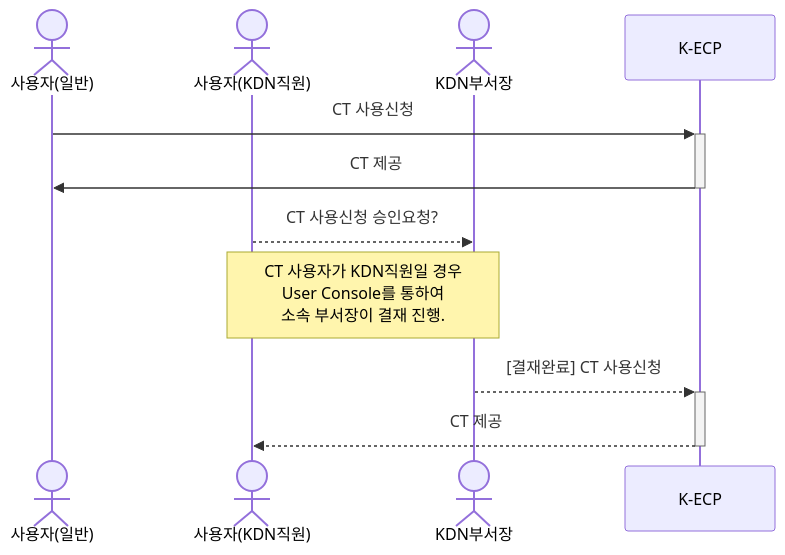
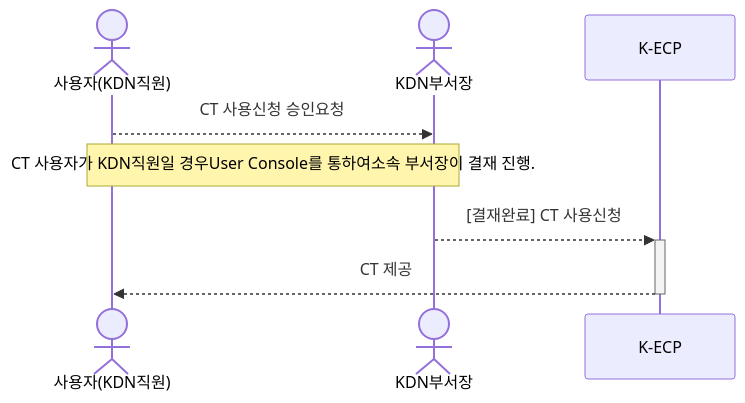
Before and after one commit to KDN-ECP/guidebooks: the first of 2 diagrams in mdfiles/ContainerTerminal_started.md, drawn with Mermaid. The commit also changed other lines of this file and 2 other files, not shown here.

````diff
--- a/mdfiles/ContainerTerminal_started.md
+++ b/mdfiles/ContainerTerminal_started.md
@@ -38,12 +40,9 @@
 ```mermaid
 sequenceDiagram
-  actor 사용자(일반)
   actor 사용자(KDN직원)
   actor KDN부서장
-  사용자(일반) ->>+ K-ECP: CT 사용신청
-  K-ECP ->>- 사용자(일반): CT 제공
-  사용자(KDN직원) -->> KDN부서장: CT 사용신청 승인요청?
-  Note over 사용자(KDN직원), KDN부서장: CT 사용자가 KDN직원일 경우<br/>User Console를 통하여<br/>소속 부서장이 결재 진행.
+  사용자(KDN직원) -->> KDN부서장: CT 사용신청 승인요청
+  Note over 사용자(KDN직원), KDN부서장: CT 사용자가 KDN직원일 경우User Console를 통하여소속 부서장이 결재 진행.
   KDN부서장 -->>+ K-ECP: [결재완료] CT 사용신청
   K-ECP -->>- 사용자(KDN직원): CT 제공
 ```
````
